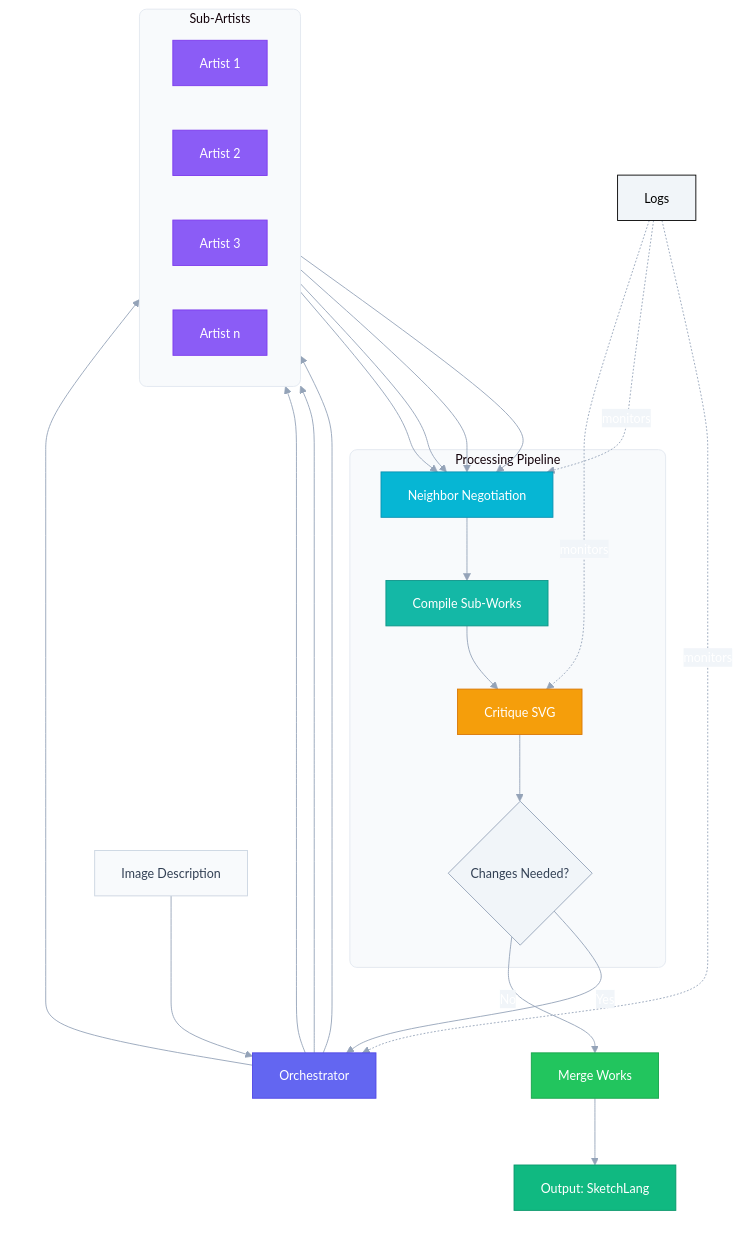
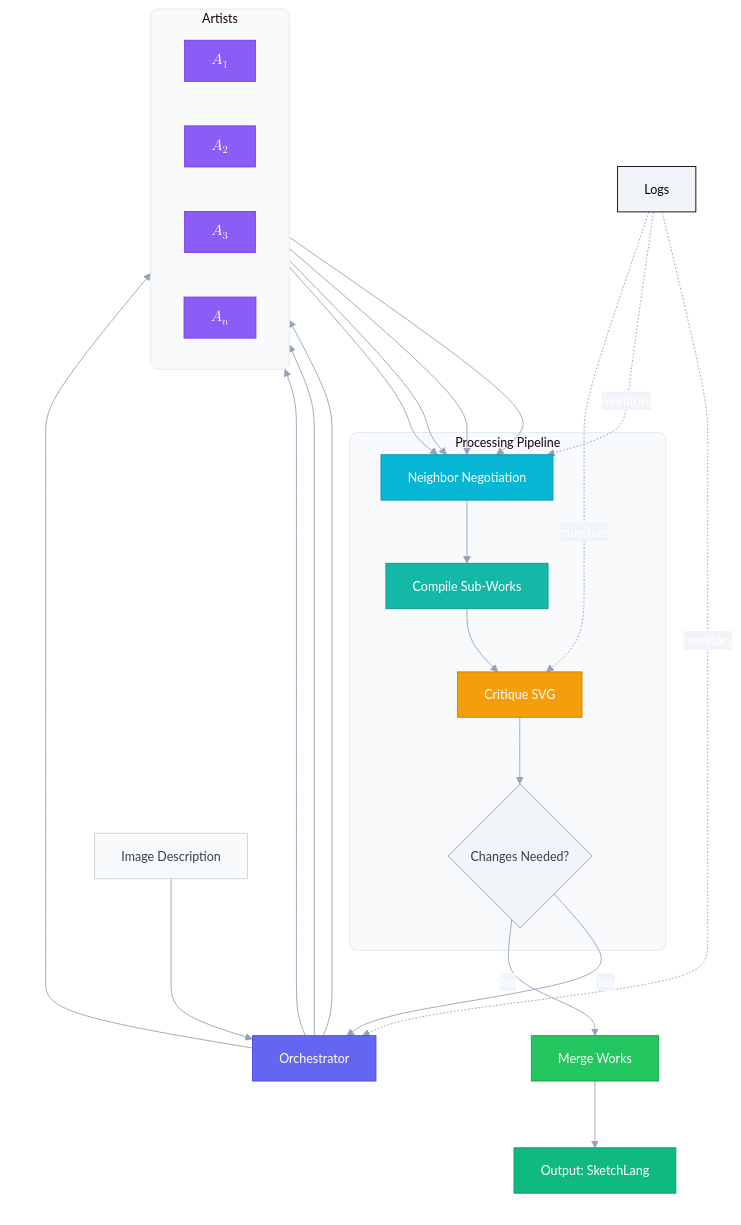
The diagram in README.md (TheMaslowsDilemma/sketchthis-studio), drawn with Mermaid before and after one commit.

Commit message:
fix font color

````diff
--- a/README.md
+++ b/README.md
@@ -20,82 +20,82 @@
 ```mermaid
 %%{init: {
   'theme': 'base',
   'themeVariables': {
     'fontSize': '14px',
     'fontFamily': 'Inter, sans-serif',
     'primaryColor': '#6366f1',
     'primaryTextColor': '#ffffff',
     'primaryBorderColor': '#4f46e5',
     'secondaryColor': '#f1f5f9',
     'secondaryTextColor': '#334155',
     'tertiaryColor': '#ecfdf5',
     'lineColor': '#94a3b8',
     'textColor': '#334155'
   }
 }}%%
 
 flowchart TB
     subgraph input [" "]
         A[Image Description]
     end
 
     subgraph orchestration [" "]
         B[Orchestrator]
     end
 
-    subgraph artists ["Sub-Artists      "]
+    subgraph artists ["Artists"]
         direction LR
-        C1["Artist 1        "]
-        C2["Artist 2        "]
-        C3["Artist 3        "]
-        Cn["Artist n        "]
+        C1["$$A_1$$"]
+        C2["$$A_2$$"]
+        C3["$$A_3$$"]
+        Cn["$$A_n$$"]
     end
 
     subgraph processing ["Processing Pipeline              "]
         D["Neighbor Negotiation      "]
         E["Compile Sub-Works      "]
         F["Critique SVG       "]
         G{"Changes Needed?      "}
     end
 
     subgraph output [" "]
         H["Merge Works      "]
         I["Output: SketchLang          "]
     end
 
     J["Logs    "]
 
     A --> B
     B --> C1 & C2 & C3 & Cn
     C1 & C2 & C3 & Cn --> D
     D --> E
     E --> F
     F --> G
     G -->|Yes| B
     G -->|No| H
     H --> I
 
     J -.->|monitors| B
     J -.->|monitors| D
     J -.->|monitors| F
 
     style A fill:#f8fafc,stroke:#cbd5e1,color:#334155
     style B fill:#6366f1,stroke:#4f46e5,color:#ffffff
     style C1 fill:#8b5cf6,stroke:#7c3aed,color:#ffffff
     style C2 fill:#8b5cf6,stroke:#7c3aed,color:#ffffff
     style C3 fill:#8b5cf6,stroke:#7c3aed,color:#ffffff
     style Cn fill:#8b5cf6,stroke:#7c3aed,color:#ffffff
     style D fill:#06b6d4,stroke:#0891b2,color:#ffffff
     style E fill:#14b8a6,stroke:#0d9488,color:#ffffff
     style F fill:#f59e0b,stroke:#d97706,color:#ffffff
     style G fill:#f1f5f9,stroke:#94a3b8,color:#334155
     style H fill:#22c55e,stroke:#16a34a,color:#ffffff
     style I fill:#10b981,stroke:#059669,color:#ffffff
     style J fill:#f1f5f9,stroke:#000000,color:#000000
 
     style input fill:transparent,stroke:transparent
     style orchestration fill:transparent,stroke:transparent
     style artists fill:#f8fafc,stroke:#e2e8f0,stroke-width:1px,rx:8
     style processing fill:#f8fafc,stroke:#e2e8f0,stroke-width:1px,rx:8
     style output fill:transparent,stroke:transparent
 ```
````
